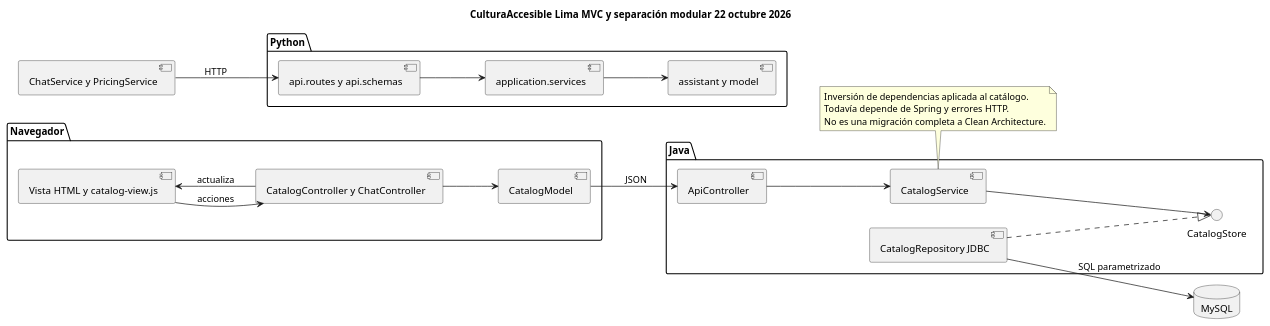
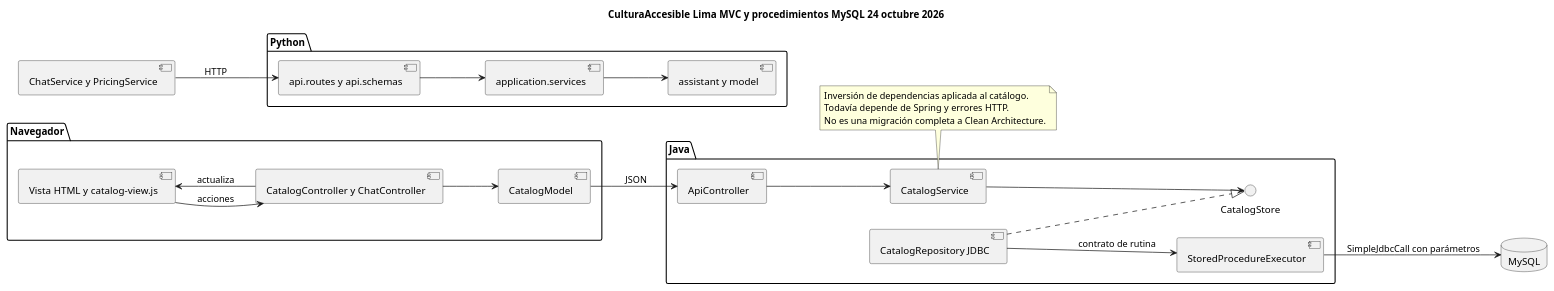
The diagram in docs/arquitectura-mvc-1.4.puml (roykevinh9-boop/culturaaccesible-lima), drawn with PlantUML before and after one commit. The commit also changed 39 other files, not shown here.

Commit message:
Organizar procedimientos MySQL y separar invocaciones Java

```diff
--- a/docs/arquitectura-mvc-1.4.puml
+++ b/docs/arquitectura-mvc-1.4.puml
@@ -1,37 +1,39 @@
 @startuml
-title CulturaAccesible Lima MVC y separación modular 22 octubre 2026
+title CulturaAccesible Lima MVC y procedimientos MySQL 24 octubre 2026
 left to right direction
 package Navegador {
   [Vista HTML y catalog-view.js] as View
   [CatalogController y ChatController] as Controller
   [CatalogModel] as Model
   Controller --> View : actualiza
   View --> Controller : acciones
   Controller --> Model
 }
 package Java {
   [ApiController] as API
   [CatalogService] as Service
   interface CatalogStore as Port
   [CatalogRepository JDBC] as JDBC
+  [StoredProcedureExecutor] as Procedures
   API --> Service
   Service --> Port
   JDBC ..|> Port
+  JDBC --> Procedures : contrato de rutina
 }
 database MySQL
 Model --> API : JSON
-JDBC --> MySQL : SQL parametrizado
+Procedures --> MySQL : SimpleJdbcCall con parámetros
 package Python {
   [api.routes y api.schemas] as Routes
   [application.services] as UseCases
   [assistant y model] as ML
   Routes --> UseCases
   UseCases --> ML
 }
 [ChatService y PricingService] --> Routes : HTTP
 note bottom of Service
 Inversión de dependencias aplicada al catálogo.
 Todavía depende de Spring y errores HTTP.
 No es una migración completa a Clean Architecture.
 end note
 @enduml
```
